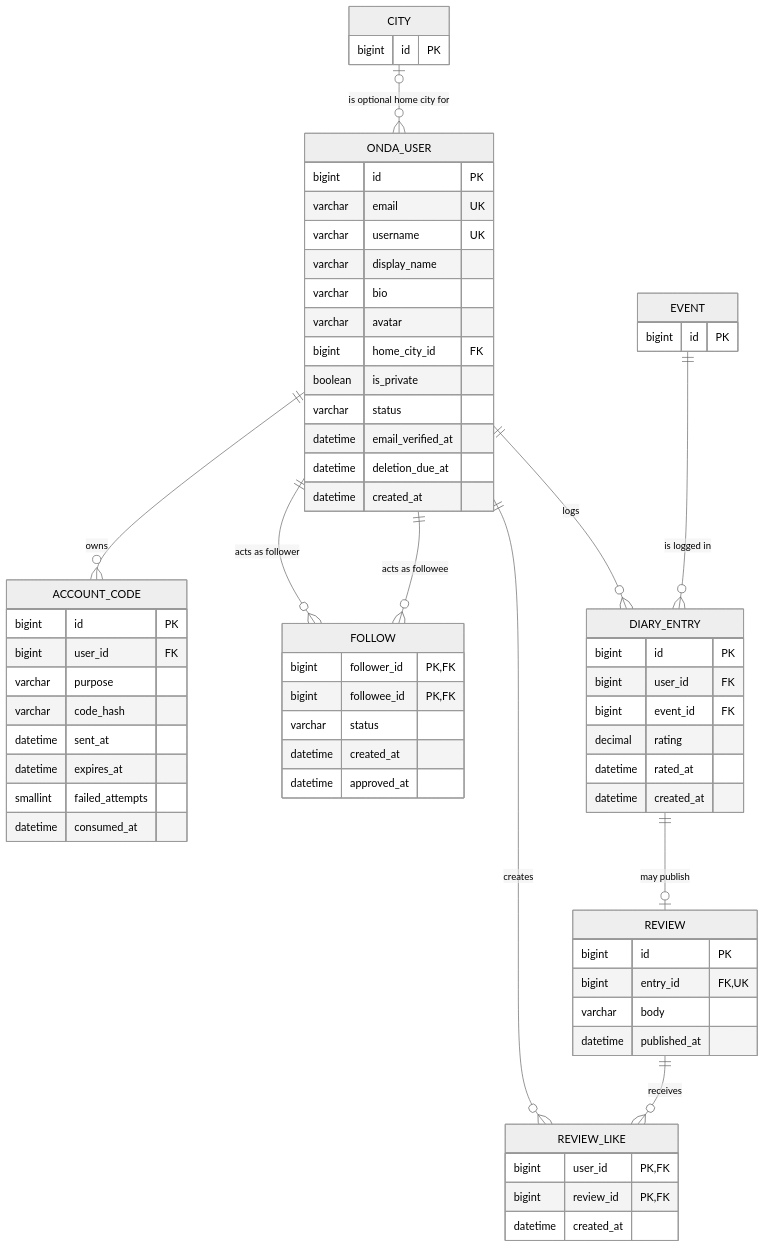
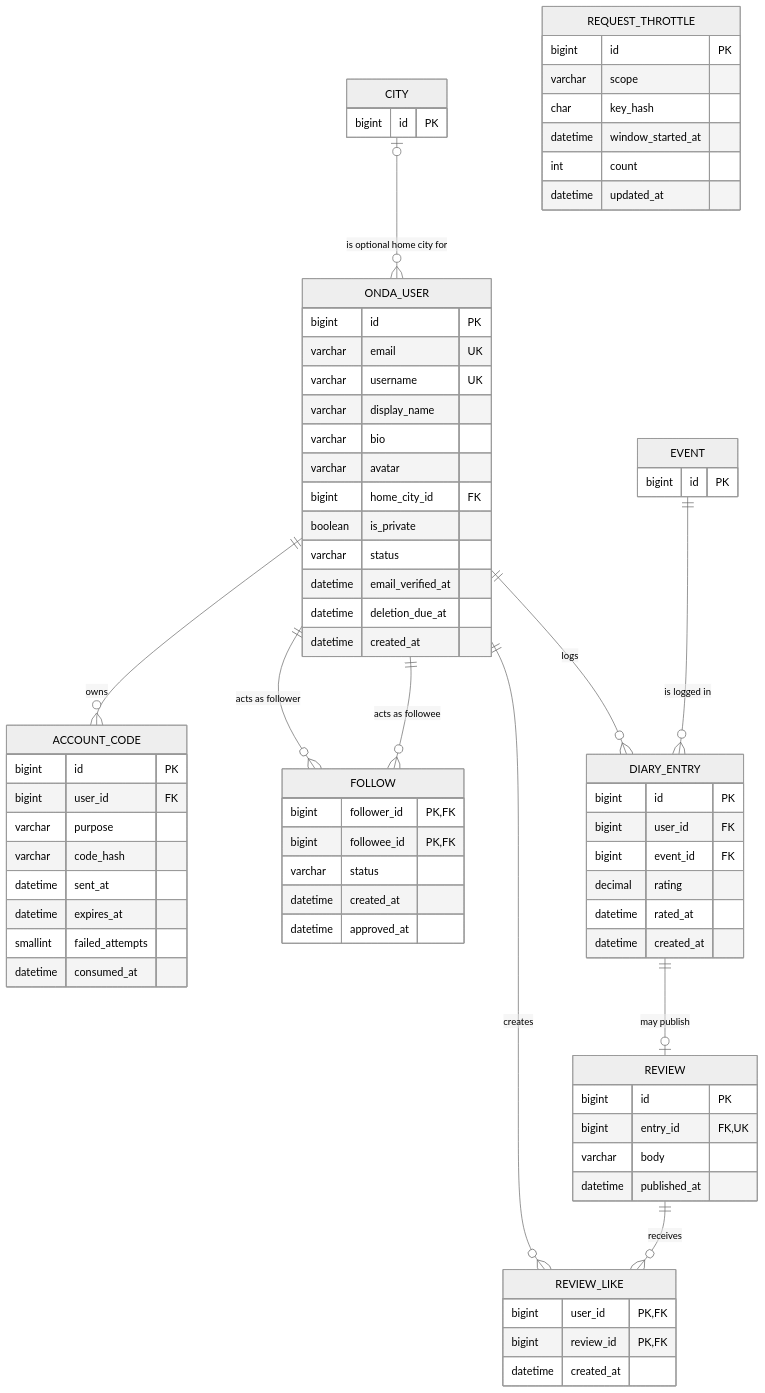
One commit to tanbaydar/onda changed the fourth of 7 diagrams in docs/DATABASE.md. Above: the diagram before and after it, drawn with Mermaid (neutral theme). The commit also changed other lines of this file and 49 other files, not shown here.

```diff
--- a/docs/DATABASE.md
+++ b/docs/DATABASE.md
@@ -266,6 +266,15 @@
         datetime consumed_at
     }
 
+    REQUEST_THROTTLE {
+        bigint id PK
+        varchar scope
+        char key_hash
+        datetime window_started_at
+        int count
+        datetime updated_at
+    }
+
     FOLLOW {
         bigint follower_id PK, FK
         bigint followee_id PK, FK
```
